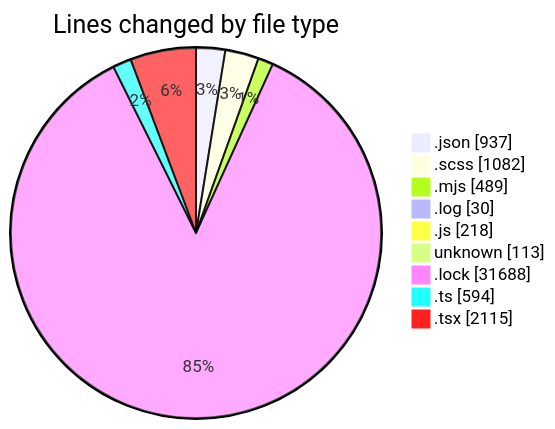
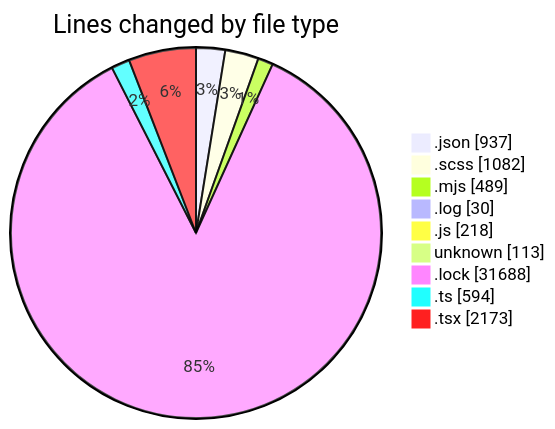
Before and after one commit to momahboobian/code-tracking: the first of 2 diagrams in 2026-08-12/cda/README.md, drawn with Mermaid. The commit also changed other lines of this file and 1 other file, not shown here.

````diff
--- a/2026-08-12/cda/README.md
+++ b/2026-08-12/cda/README.md
@@ -60,13 +60,13 @@
 ```mermaid
 pie showData
 title Lines changed by file type
 ".json" : 937
 ".scss" : 1082
 ".mjs" : 489
 ".log" : 30
 ".js" : 218
 "unknown" : 113
 ".lock" : 31688
 ".ts" : 594
-".tsx" : 2115
+".tsx" : 2173
 ```
````
